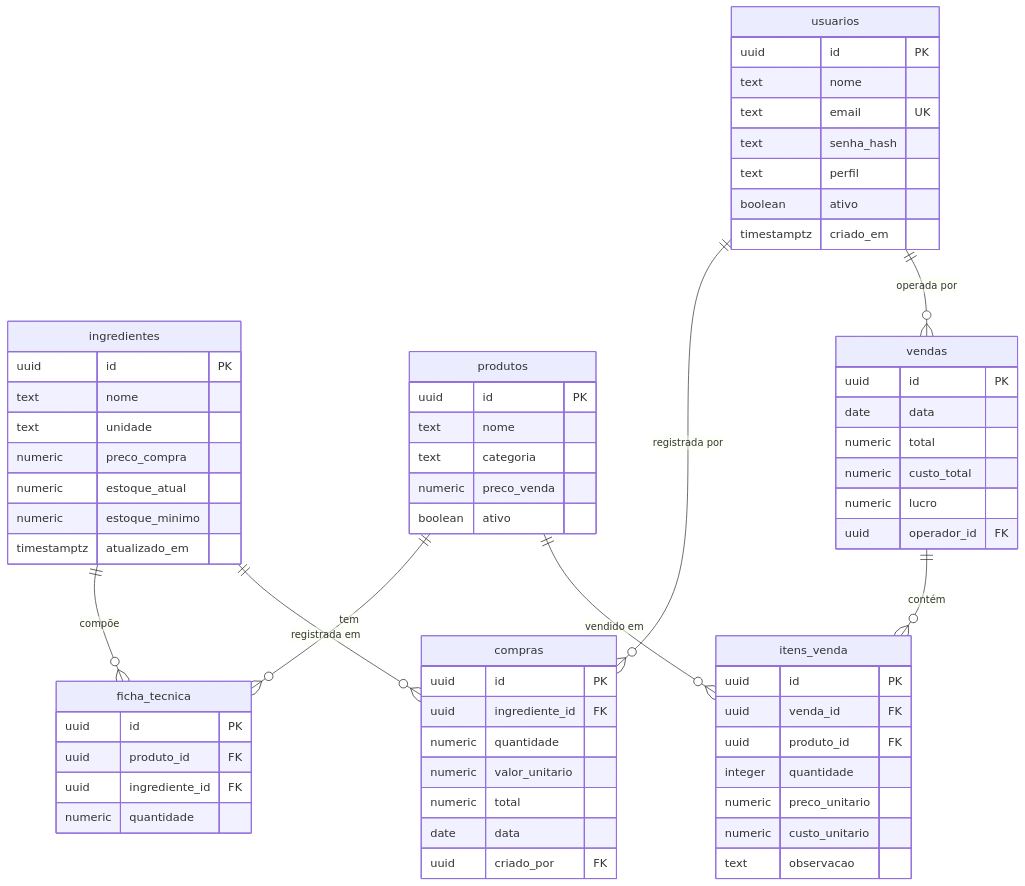
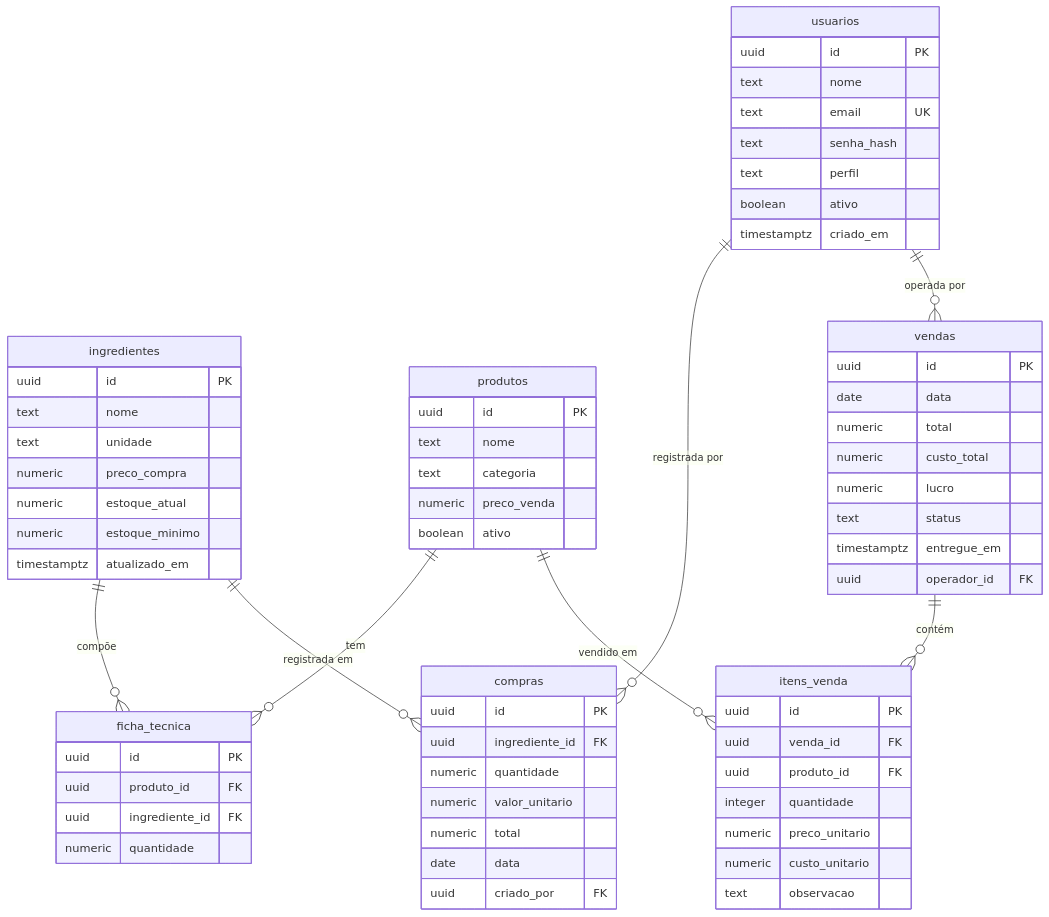
The fourth of 6 diagrams in README.md (WilsonLucas/gestao_comercial), drawn with Mermaid before and after one commit. The commit also changed other lines of this file and 1 other file, not shown here.

````diff
--- a/README.md
+++ b/README.md
@@ -133,74 +147,76 @@
 ```mermaid
 erDiagram
     usuarios {
         uuid id PK
         text nome
         text email UK
         text senha_hash
         text perfil
         boolean ativo
         timestamptz criado_em
     }
 
     ingredientes {
         uuid id PK
         text nome
         text unidade
         numeric preco_compra
         numeric estoque_atual
         numeric estoque_minimo
         timestamptz atualizado_em
     }
 
     produtos {
         uuid id PK
         text nome
         text categoria
         numeric preco_venda
         boolean ativo
     }
 
     ficha_tecnica {
         uuid id PK
         uuid produto_id FK
         uuid ingrediente_id FK
         numeric quantidade
     }
 
     compras {
         uuid id PK
         uuid ingrediente_id FK
         numeric quantidade
         numeric valor_unitario
         numeric total
         date data
         uuid criado_por FK
     }
 
     vendas {
         uuid id PK
         date data
         numeric total
         numeric custo_total
         numeric lucro
+        text status
+        timestamptz entregue_em
         uuid operador_id FK
     }
 
     itens_venda {
         uuid id PK
         uuid venda_id FK
         uuid produto_id FK
         integer quantidade
         numeric preco_unitario
         numeric custo_unitario
         text observacao
     }
 
     produtos ||--o{ ficha_tecnica : "tem"
     ingredientes ||--o{ ficha_tecnica : "compõe"
     ingredientes ||--o{ compras : "registrada em"
     usuarios ||--o{ compras : "registrada por"
     usuarios ||--o{ vendas : "operada por"
     vendas ||--o{ itens_venda : "contém"
     produtos ||--o{ itens_venda : "vendido em"
 ```
````
